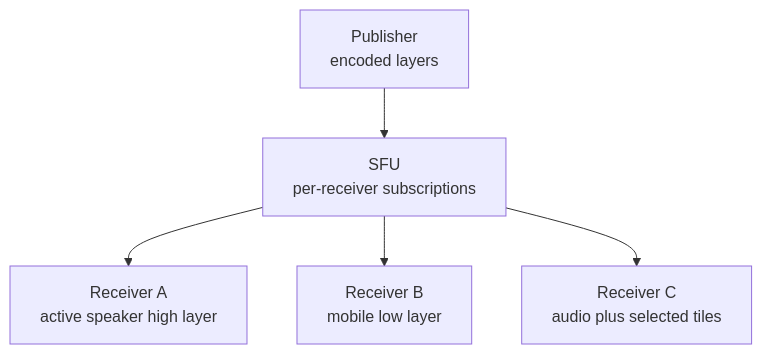
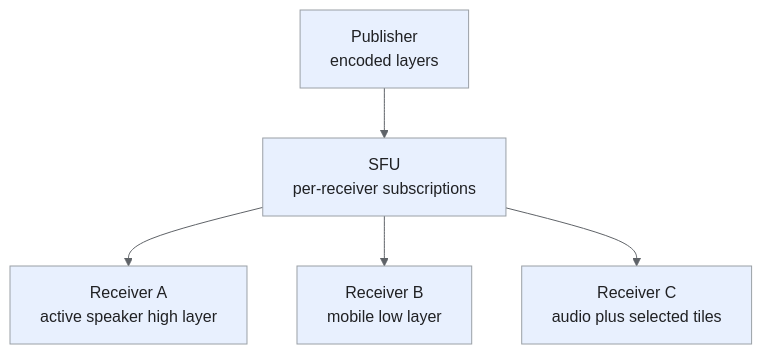
The third of 3 diagrams in _designs/system-design-video-conferencing-zoom.md (iliazlobin/iliazlobin.github.io), drawn with Mermaid before and after one commit. The commit also changed other lines of this file and 25 other files, not shown here.

Commit message:
docs: explain Batch B design flows and tradeoffs

````diff
--- a/_designs/system-design-video-conferencing-zoom.md
+++ b/_designs/system-design-video-conferencing-zoom.md
@@ -210,7 +256,13 @@
 ```mermaid
+%%{init: {'theme':'base','themeVariables':{'primaryColor':'#e8f0fe','primaryTextColor':'#202124','primaryBorderColor':'#9aa0a6','lineColor':'#5f6368','secondaryColor':'#e6f4ea','tertiaryColor':'#fef7e0','actorBkg':'#e8f0fe','actorBorder':'#9aa0a6','actorTextColor':'#202124','noteBkgColor':'#fef7e0','noteTextColor':'#202124','noteBorderColor':'#9aa0a6','signalColor':'#5f6368','signalTextColor':'#202124','labelBoxBkgColor':'#fef7e0','labelBoxBorderColor':'#9aa0a6'}}}%%
 flowchart TB
     P["Publisher<br>encoded layers"] --> S["SFU<br>per-receiver subscriptions"]
     S --> A["Receiver A<br>active speaker high layer"]
     S --> B["Receiver B<br>mobile low layer"]
     S --> C["Receiver C<br>audio plus selected tiles"]
+classDef request fill:#e8f0fe,stroke:#9aa0a6,color:#202124;
+classDef data fill:#e6f4ea,stroke:#9aa0a6,color:#202124;
+classDef control fill:#fef7e0,stroke:#9aa0a6,color:#202124;
+class P,S,A,B,C request;
+
 ```
````
